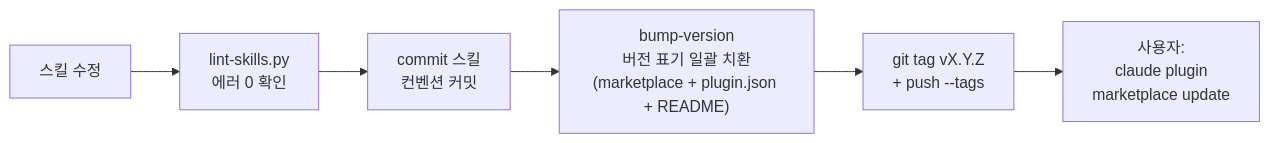
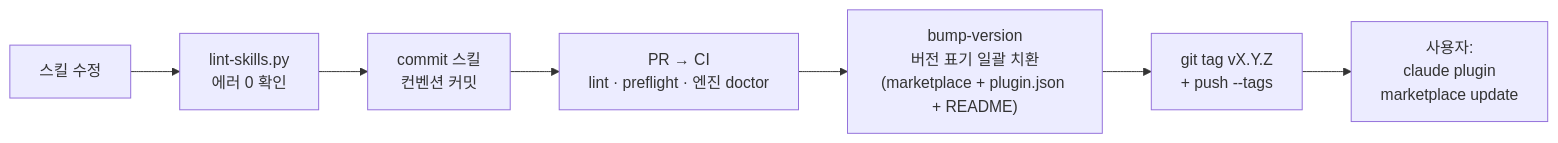
One commit to jiransoft/ok-v5-web-claude changed the second of 3 diagrams in docs/marketplace-architecture.md. Above: the diagram before and after it, drawn with Mermaid. The commit also changed other lines of this file and 7 other files, not shown here.

First line of the commit message:
feat(arch-tools): struct 스킬 추가 — 인터랙티브 HTML 다이어그램

````diff
--- a/docs/marketplace-architecture.md
+++ b/docs/marketplace-architecture.md
@@ -76,8 +81,9 @@
 ```mermaid
 flowchart LR
     A["스킬 수정"] --> B["lint-skills.py<br/>에러 0 확인"]
     B --> C["commit 스킬<br/>컨벤션 커밋"]
-    C --> D["bump-version<br/>버전 표기 일괄 치환<br/>(marketplace + plugin.json + README)"]
+    C --> P["PR → CI<br/>lint · preflight · 엔진 doctor"]
+    P --> D["bump-version<br/>버전 표기 일괄 치환<br/>(marketplace + plugin.json + README)"]
     D --> E["git tag vX.Y.Z<br/>+ push --tags"]
     E --> F["사용자:<br/>claude plugin<br/>marketplace update"]
 ```
````
